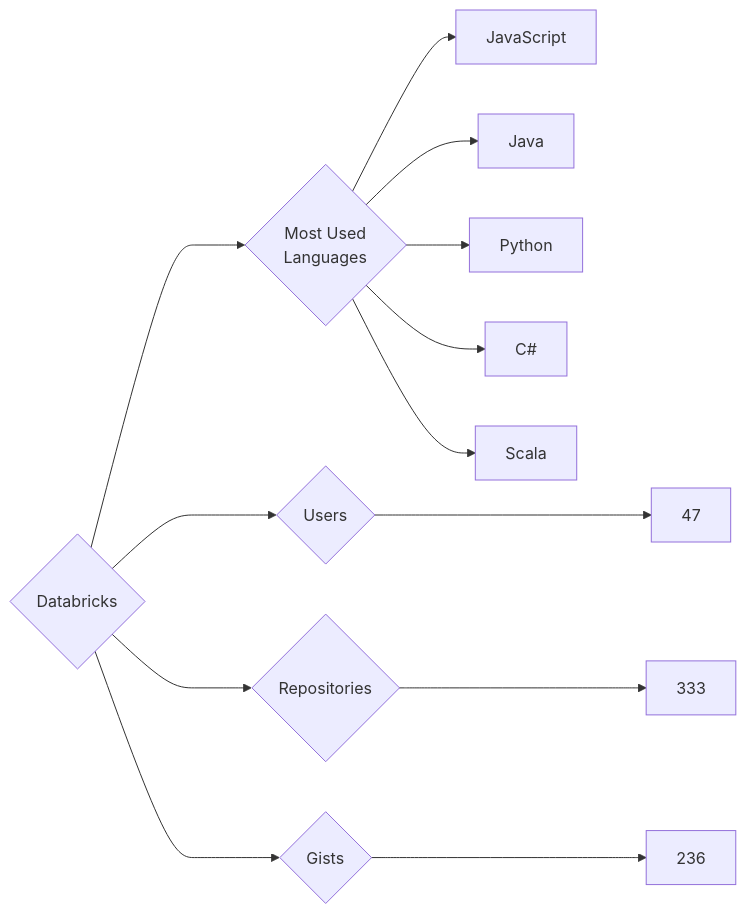
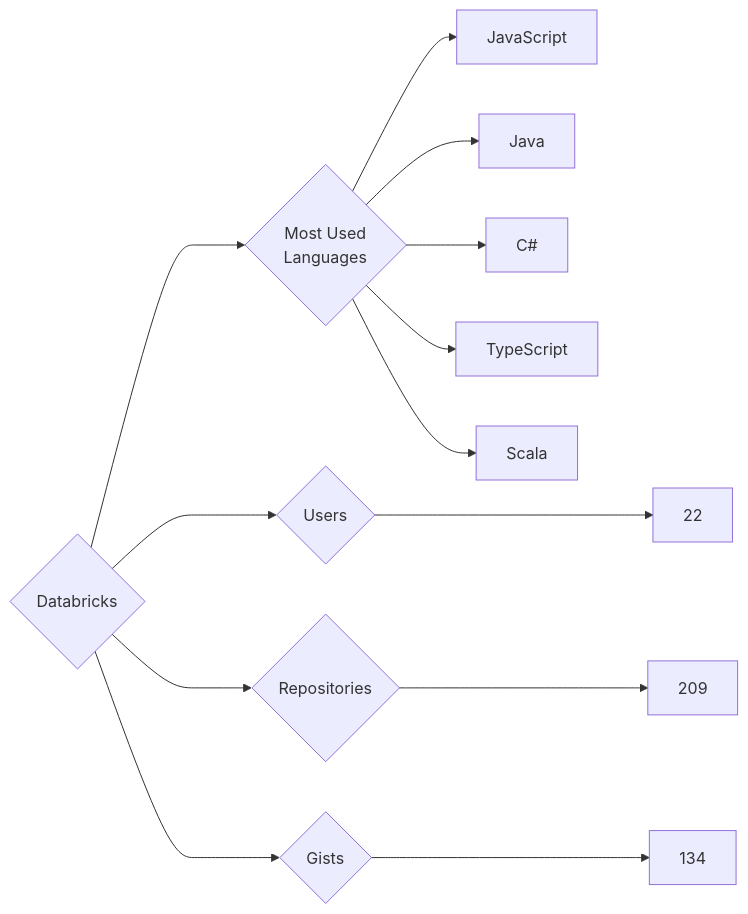
One commit to trickest/insiders changed the diagram in targets/Databricks/README.md. Above: the diagram before and after it, drawn with Mermaid. The commit also changed 870 other files, not shown here.

````diff
--- a/targets/Databricks/README.md
+++ b/targets/Databricks/README.md
@@ -3,13 +3,13 @@
 ```mermaid
 graph LR
 COMPANY_NAME{Databricks}
-COMPANY_NAME ---> U{Users} ---> UN[47]
-COMPANY_NAME ---> R{Repositories} ---> RN[333]
-COMPANY_NAME ---> G{Gists} ---> GN[236]
+COMPANY_NAME ---> U{Users} ---> UN[22]
+COMPANY_NAME ---> R{Repositories} ---> RN[209]
+COMPANY_NAME ---> G{Gists} ---> GN[134]
 COMPANY_NAME ---> ML{Most Used<br>Languages}
 ML --> JavaScript[JavaScript]
 ML --> Java[Java]
-ML --> Python[Python]
 ML --> C#[C#]
+ML --> TypeScript[TypeScript]
 ML --> Scala[Scala]
 ```
````
